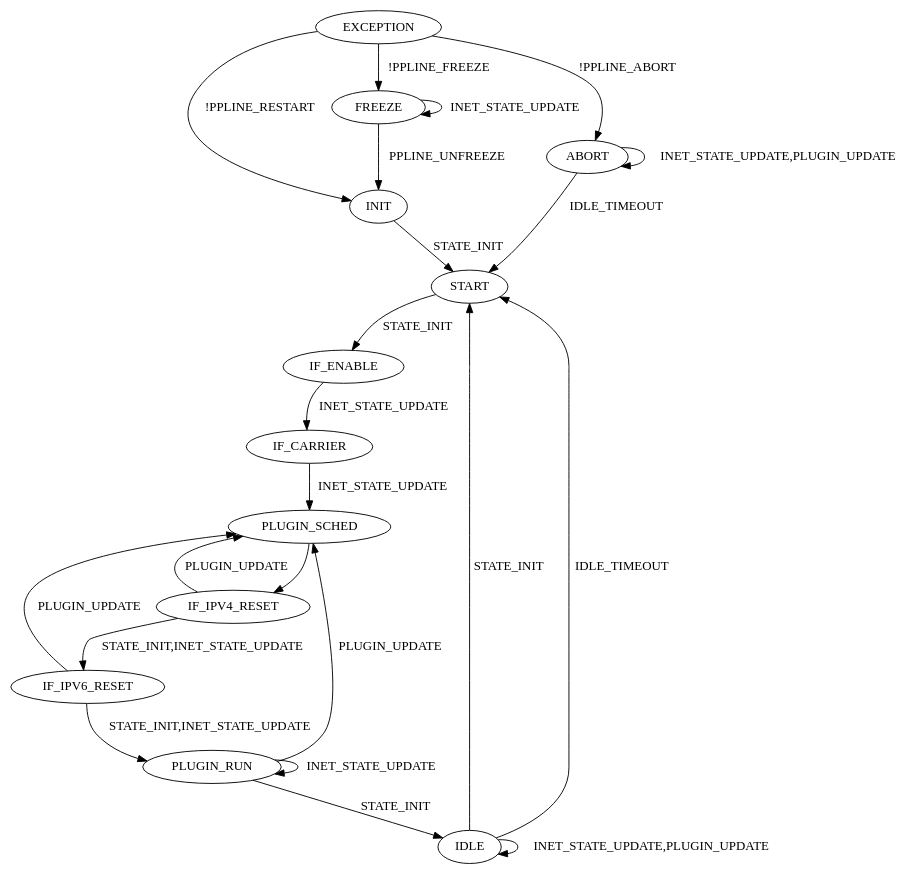
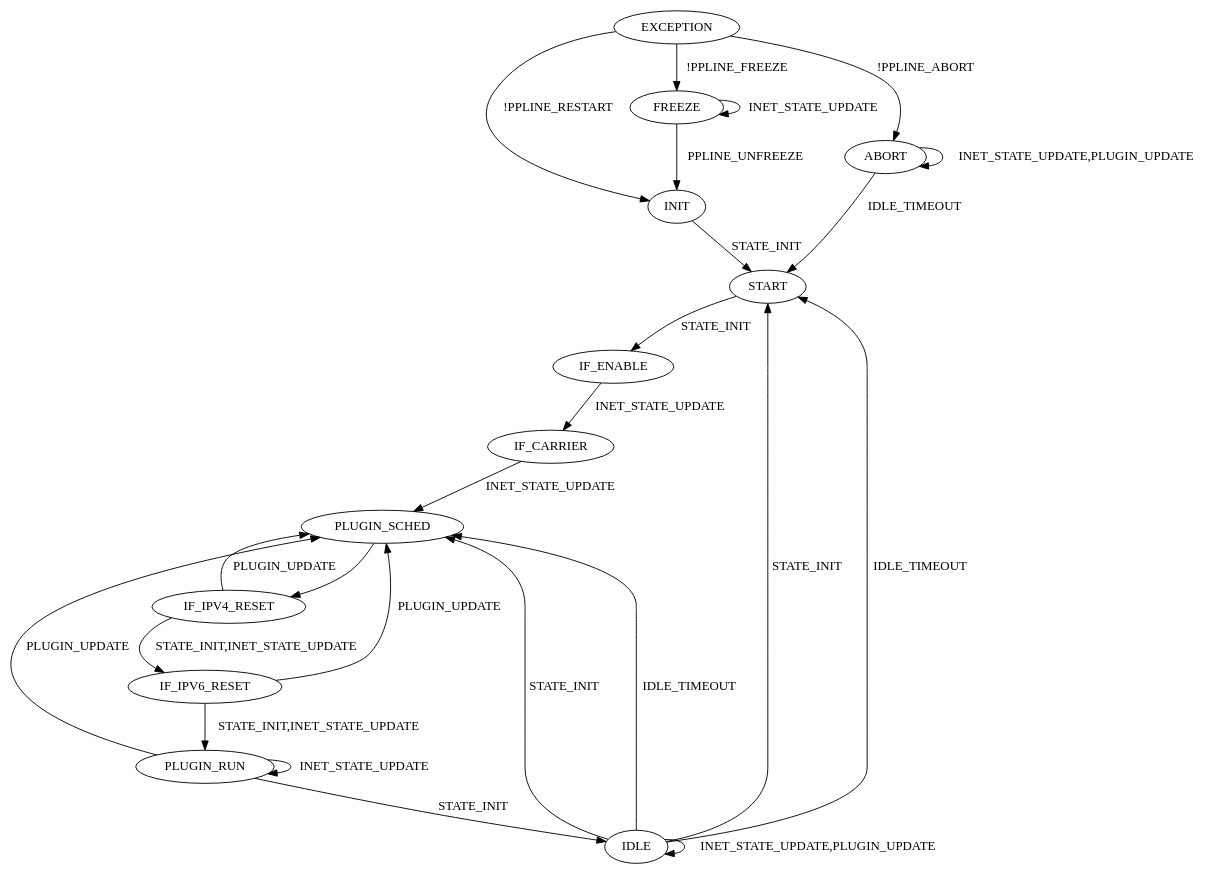
One commit to plume-design/opensync changed the diagram in src/wano/src/wano_ppline.dot. Above: the diagram before and after it, drawn with Graphviz. The commit also changed 733 other files, not shown here.

```diff
--- a/src/wano/src/wano_ppline.dot
+++ b/src/wano/src/wano_ppline.dot
@@ -1,29 +1,31 @@
 digraph {
     INIT[init="true"];
 
     INIT -> START[label="STATE_INIT"];
     START -> IF_ENABLE[label="STATE_INIT"];
     IF_ENABLE -> IF_CARRIER[label="INET_STATE_UPDATE"];
     IF_CARRIER -> PLUGIN_SCHED [label="INET_STATE_UPDATE"];
     PLUGIN_SCHED -> IF_IPV4_RESET;
     IF_IPV4_RESET -> PLUGIN_SCHED [label="PLUGIN_UPDATE"];
     IF_IPV4_RESET -> IF_IPV6_RESET [label="STATE_INIT,INET_STATE_UPDATE"];
     IF_IPV6_RESET -> PLUGIN_SCHED [label="PLUGIN_UPDATE"];
     IF_IPV6_RESET -> PLUGIN_RUN [label="STATE_INIT,INET_STATE_UPDATE"];
     PLUGIN_RUN -> PLUGIN_SCHED [label="PLUGIN_UPDATE"];
     PLUGIN_RUN -> PLUGIN_RUN [label="INET_STATE_UPDATE"];
     PLUGIN_RUN -> IDLE [label="STATE_INIT"];
     IDLE -> IDLE[label="INET_STATE_UPDATE,PLUGIN_UPDATE"];
     IDLE -> START[label="STATE_INIT"];
     IDLE -> START[label="IDLE_TIMEOUT"];
+    IDLE -> PLUGIN_SCHED[label="STATE_INIT"];
+    IDLE -> PLUGIN_SCHED[label="IDLE_TIMEOUT"];
 
     ABORT -> ABORT[label="INET_STATE_UPDATE,PLUGIN_UPDATE"];
     ABORT -> START[label="IDLE_TIMEOUT"];
 
     FREEZE -> FREEZE[label="INET_STATE_UPDATE"];
     FREEZE -> INIT[label="PPLINE_UNFREEZE"];
 
     EXCEPTION-> INIT [label="!PPLINE_RESTART"];
     EXCEPTION -> ABORT [label="!PPLINE_ABORT"];
     EXCEPTION -> FREEZE [label="!PPLINE_FREEZE"];
 }
```
